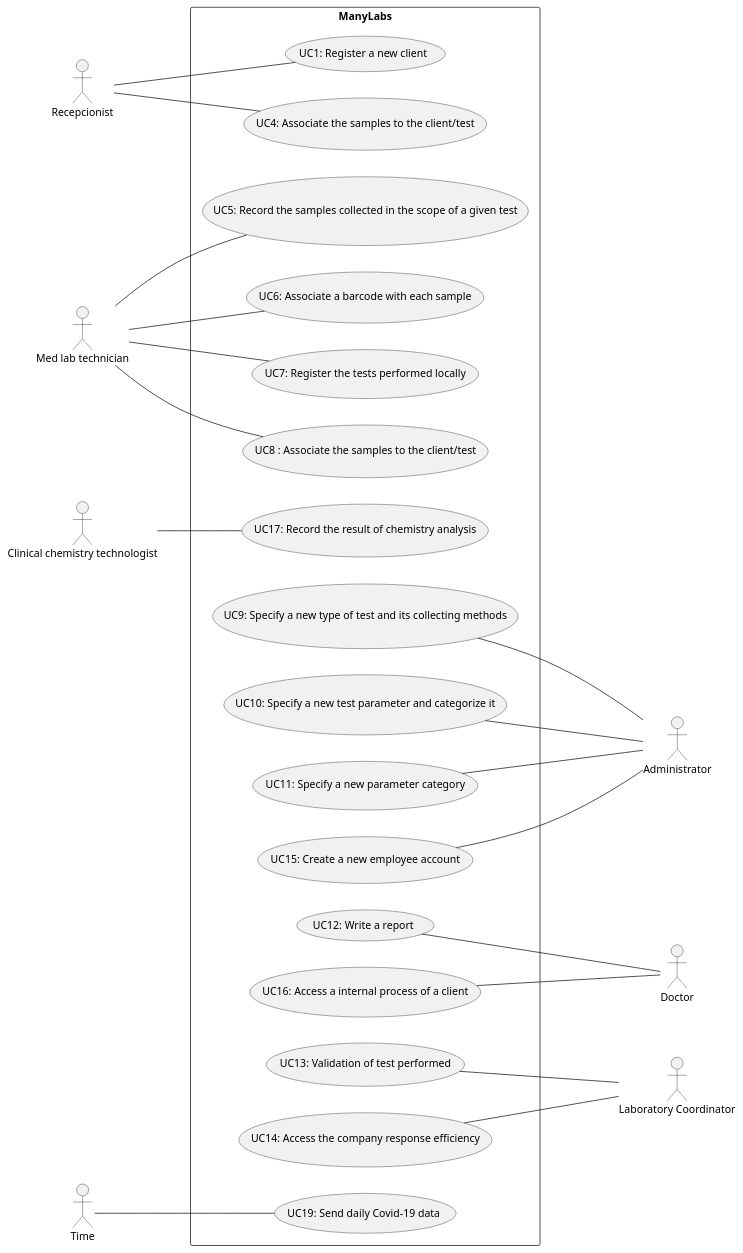
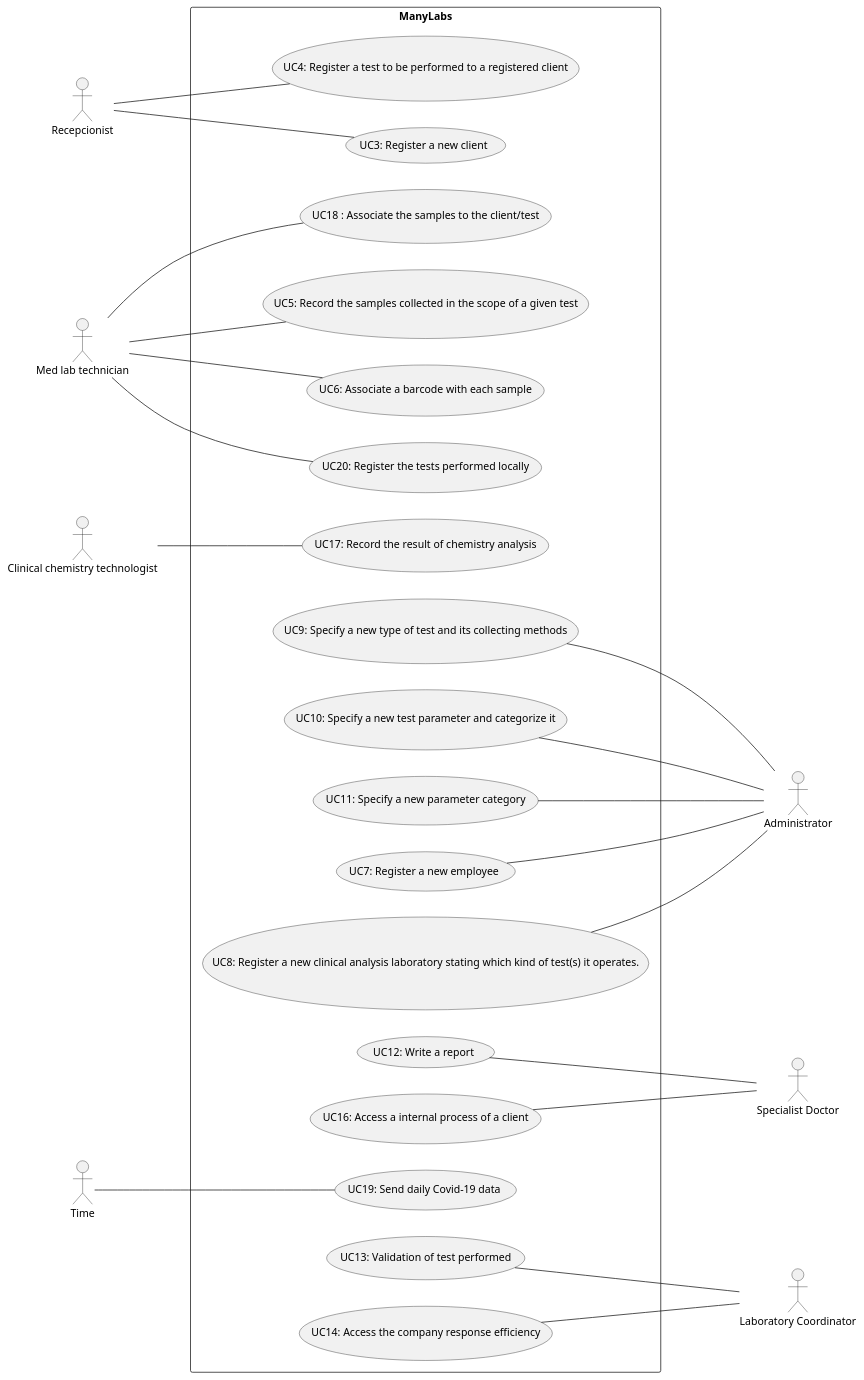
One commit to manu-07-ela/LAPR2_ISEP changed the diagram in docs/SprintB/SprintA/UCD.puml. Above: the diagram before and after it, drawn with PlantUML. The commit also changed 1 other file, not shown here.

```diff
--- a/docs/SprintB/SprintA/UCD.puml
+++ b/docs/SprintB/SprintA/UCD.puml
@@ -1,59 +1,59 @@
 @startuml
 'https://plantuml.com/use-case-diagram
 left to right direction
 actor "Administrator" as Adm
 actor "Recepcionist" as Recp
 actor "Med lab technician" as MedLab
 actor "Clinical chemistry technologist" as ClinTec
-actor "Doctor" as Doc
+actor "Specialist Doctor" as Doc
 actor "Laboratory Coordinator" as LabCod
 actor "Time" as Time
 
 
 rectangle ManyLabs{
 
-usecase "UC1: Register a new client" as UC1
+usecase "UC3: Register a new client" as UC3
 usecase "UC4: Register a test to be performed to a registered client" as UC4
-usecase "UC4: Associate the samples to the client/test" as UC4
 usecase "UC5: Record the samples collected in the scope of a given test" as UC5
 usecase "UC6: Associate a barcode with each sample" as UC6
-usecase "UC7: Register the tests performed locally" as UC7
+usecase "UC20: Register the tests performed locally" as UC20
 usecase "UC17: Record the result of chemistry analysis" as UC17
-usecase "UC8 : Associate the samples to the client/test" as UC8
+usecase "UC18 : Associate the samples to the client/test" as UC18
 usecase "UC9: Specify a new type of test and its collecting methods" as UC9
 usecase "UC10: Specify a new test parameter and categorize it" as UC10
 usecase "UC11: Specify a new parameter category" as UC11
 usecase "UC12: Write a report" as UC12
 usecase "UC13: Validation of test performed" as UC13
 usecase "UC14: Access the company response efficiency" as UC14
-usecase "UC15: Create a new employee account" as UC15
 usecase "UC16: Access a internal process of a client" as UC16
 usecase "UC19: Send daily Covid-19 data" as UC19
-
+usecase "UC7: Register a new employee" as UC7
+usecase "UC8: Register a new clinical analysis laboratory stating which kind of test(s) it operates." as UC8
 
 }
 
-Recp -- UC1
+Recp -- UC3
 Recp -- UC4
 MedLab -- UC5
 MedLab -- UC6
-MedLab -- UC7
-MedLab -- UC8
+MedLab -- UC20
+MedLab -- UC18
 ClinTec -- UC17
+UC7 --- Adm
+UC8 --- Adm
 UC9 --- Adm
-UC15 --- Adm
 UC11 --- Adm
 UC10 --- Adm
 UC16 --- Doc
 UC12 --- Doc
 UC13 --- LabCod
 UC14 --- LabCod
 Time -- UC19
 
 
 
 
 
 
 
 @enduml
```
